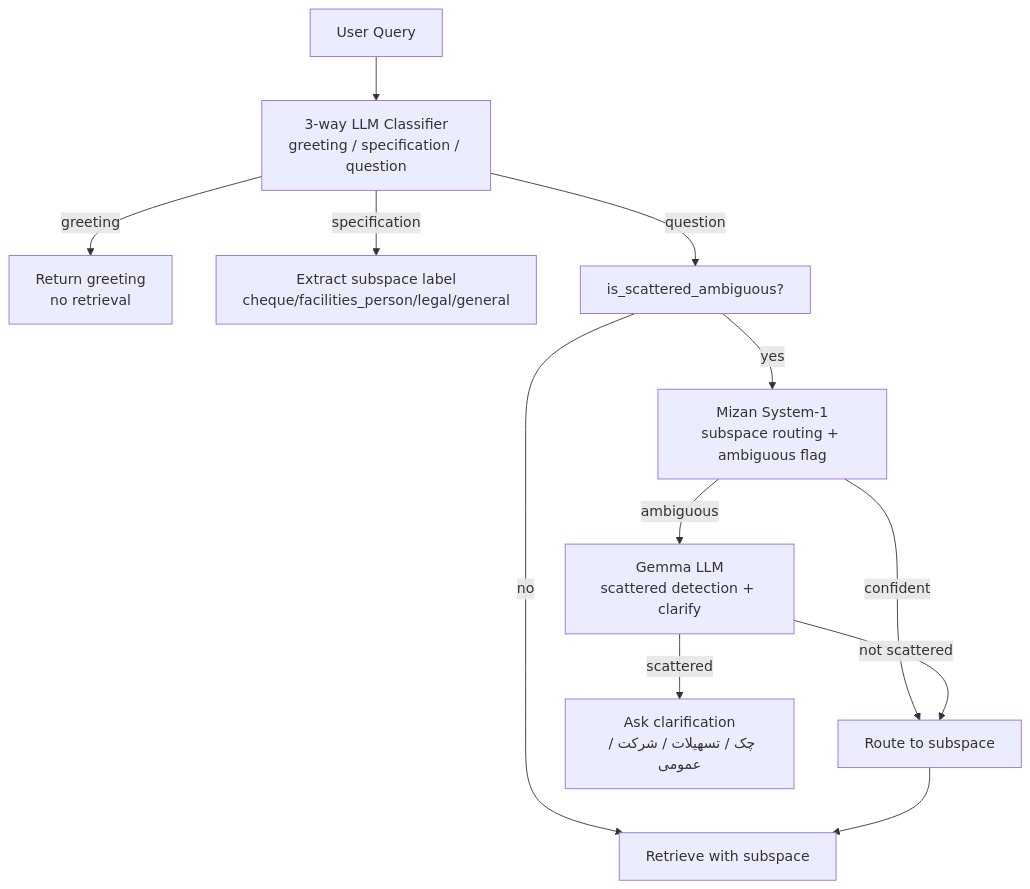
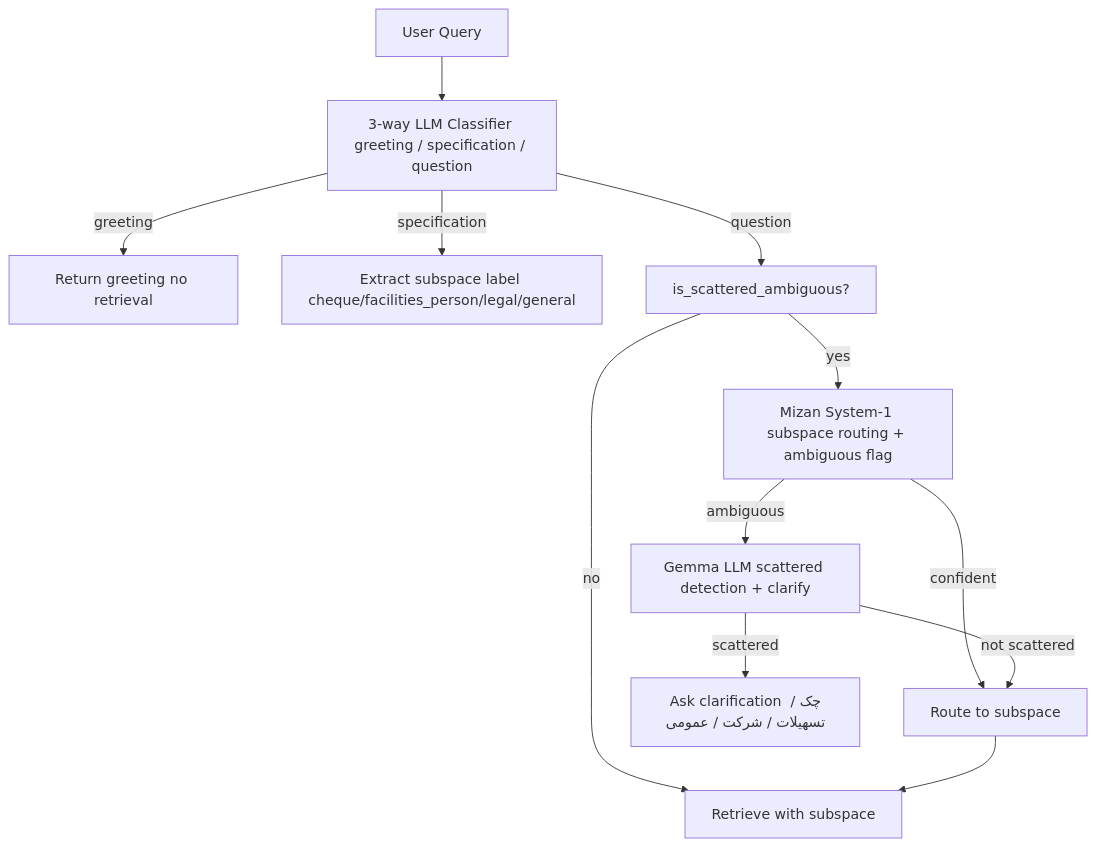
One commit to AliNikkhah2001/Work_RAG-KB changed diagram 11 of 12 in kb-manager/README.md. Above: the diagram before and after it, drawn with Mermaid. The commit also changed other lines of this file, not shown here.

Commit message:
docs(kb-manager): remove <br/> tags from mermaid diagrams for compilation

````diff
--- a/kb-manager/README.md
+++ b/kb-manager/README.md
@@ -833,14 +833,14 @@
 ```mermaid
 flowchart TD
-    Q[User Query] --> CLASSIFY[3-way LLM Classifier<br/>greeting / specification / question]
-    CLASSIFY -->|greeting| GREET[Return greeting<br/>no retrieval]
-    CLASSIFY -->|specification| SPEC[Extract subspace label<br/>cheque/facilities_person/legal/general]
+    Q[User Query] --> CLASSIFY[3-way LLM Classifier greeting / specification / question]
+    CLASSIFY -->|greeting| GREET[Return greeting no retrieval]
+    CLASSIFY -->|specification| SPEC[Extract subspace label cheque/facilities_person/legal/general]
     CLASSIFY -->|question| T5[is_scattered_ambiguous?]
     T5 -->|no| RETRIEVE[Retrieve + rerank]
-    T5 -->|yes| MIZAN[Mizan System-1<br/>subspace routing + ambiguous flag]
+    T5 -->|yes| MIZAN[Mizan System-1 subspace routing + ambiguous flag]
     MIZAN -->|confident| ROUTE[Route to subspace]
-    MIZAN -->|ambiguous| GEMMA[Gemma LLM<br/>scattered detection + clarify]
-    GEMMA -->|scattered| CLARIFY[Ask clarification<br/>چک / تسهیلات / شرکت / عمومی]
+    MIZAN -->|ambiguous| GEMMA[Gemma LLM scattered detection + clarify]
+    GEMMA -->|scattered| CLARIFY[Ask clarification چک / تسهیلات / شرکت / عمومی]
     GEMMA -->|not scattered| ROUTE
     ROUTE --> RETRIEVE[Retrieve with subspace]
 ```
````
